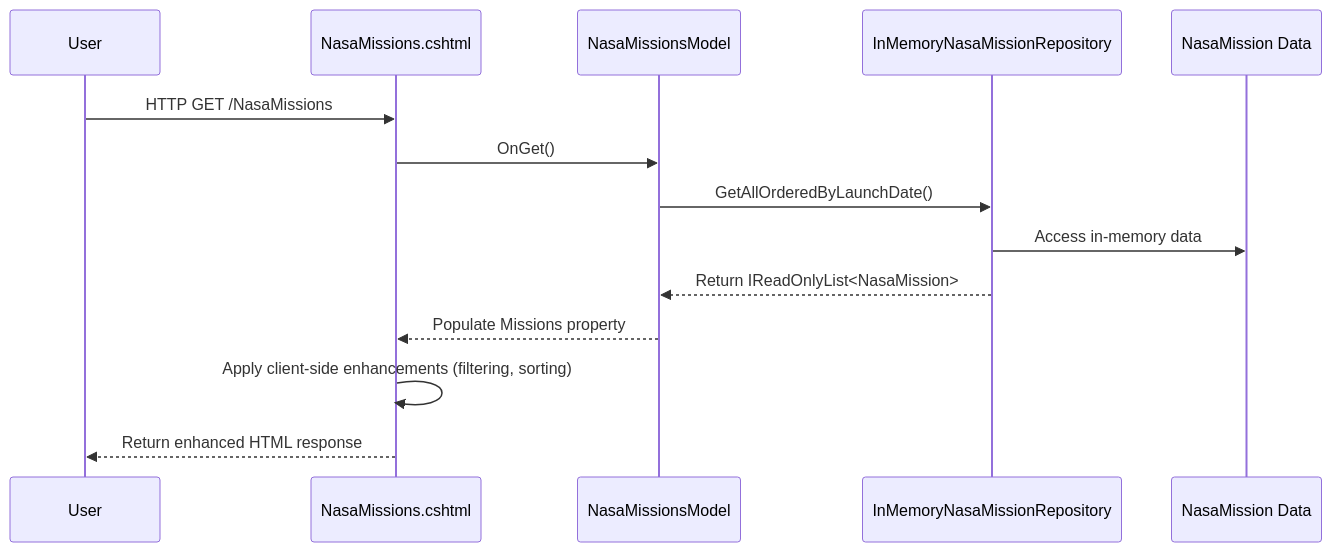
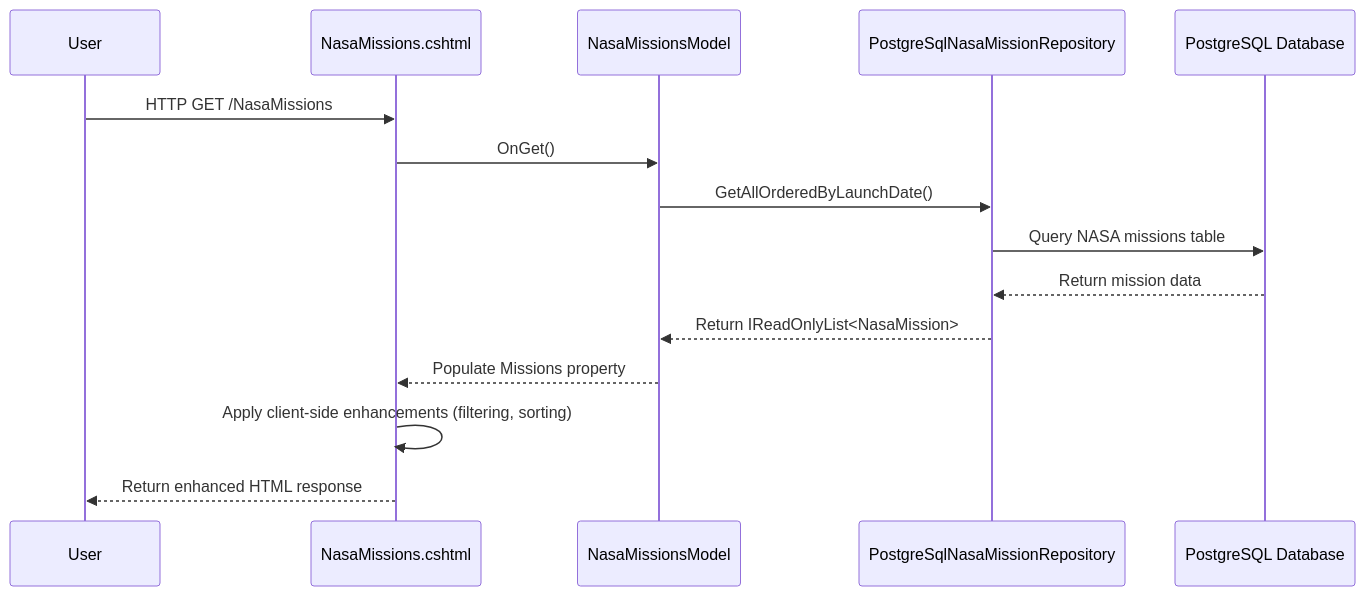
The diagram in docs/architecture/nasa-missions-data-design.md (gjduggins/SpaceGeeks), drawn with Mermaid before and after one commit. The commit also changed other lines of this file and 6 other files, not shown here.

First line of the commit message:
Replace in-memory repositories with PostgreSQL database implementation

````diff
--- a/docs/architecture/nasa-missions-data-design.md
+++ b/docs/architecture/nasa-missions-data-design.md
@@ -18,17 +18,18 @@
 ```mermaid
 sequenceDiagram
     participant U as User
     participant P as NasaMissions.cshtml
     participant M as NasaMissionsModel
-    participant R as InMemoryNasaMissionRepository
-    participant D as NasaMission Data
+    participant R as PostgreSqlNasaMissionRepository
+    participant D as PostgreSQL Database
     
     U->>P: HTTP GET /NasaMissions
     P->>M: OnGet()
     M->>R: GetAllOrderedByLaunchDate()
-    R->>D: Access in-memory data
+    R->>D: Query NASA missions table
+    D-->>R: Return mission data
     R-->>M: Return IReadOnlyList<NasaMission>
     M-->>P: Populate Missions property
     P->>P: Apply client-side enhancements (filtering, sorting)
     P-->>U: Return enhanced HTML response
 ```
````
